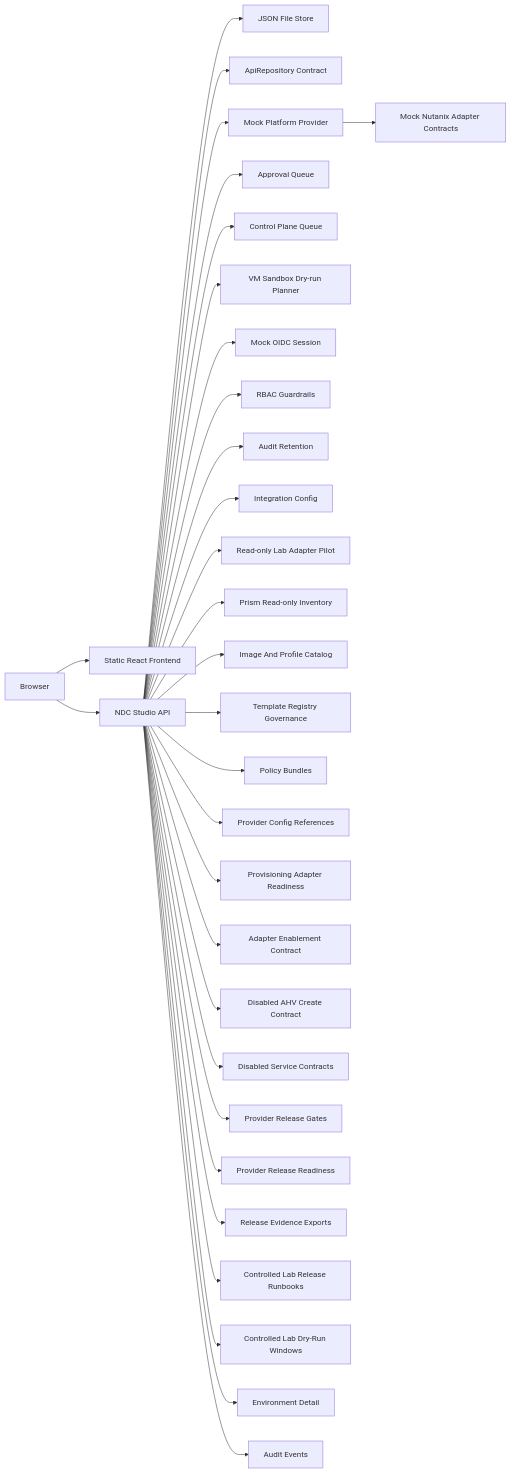
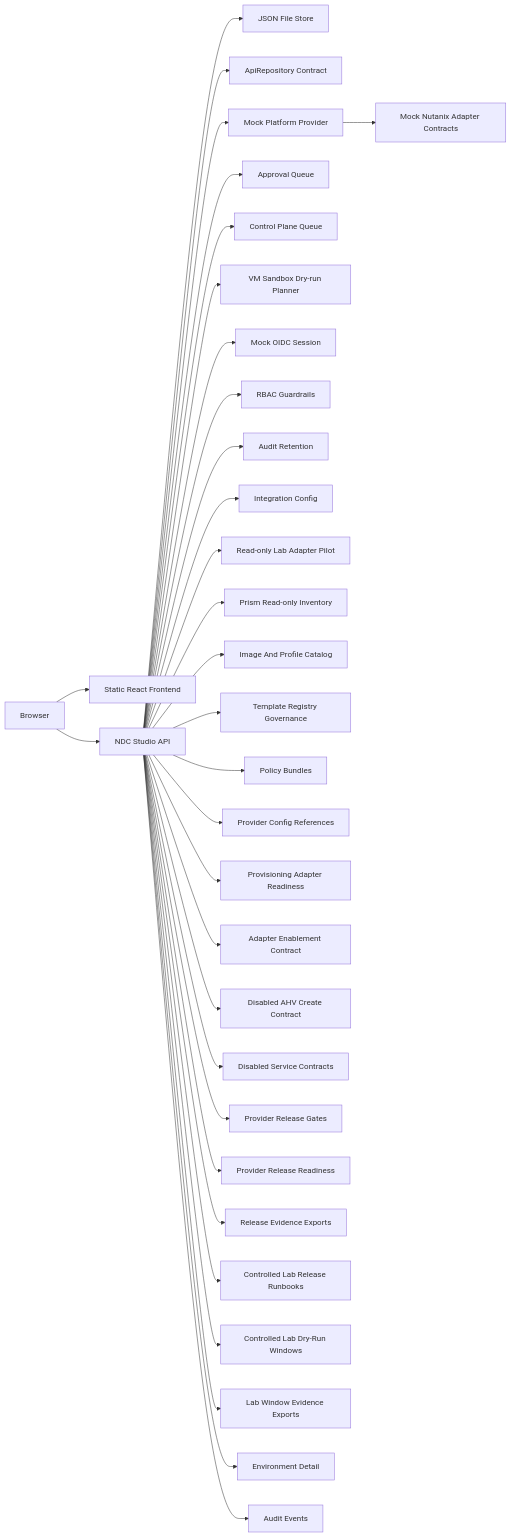
The second of 2 diagrams in docs/architecture.md (VirtuArchitect/nutanix-developer-cloud-studio), drawn with Mermaid before and after one commit. The commit also changed other lines of this file and 21 other files, not shown here.

Commit message:
Add v2.14 lab window evidence export

````diff
--- a/docs/architecture.md
+++ b/docs/architecture.md
@@ -21,33 +21,34 @@
 ```mermaid
 flowchart LR
     Browser["Browser"] --> Web["Static React Frontend"]
     Browser --> Api["NDC Studio API"]
     Api --> Store["JSON File Store"]
     Api --> Repo["ApiRepository Contract"]
     Api --> Provider["Mock Platform Provider"]
     Provider --> Adapters["Mock Nutanix Adapter Contracts"]
     Api --> Approvals["Approval Queue"]
     Api --> Queue["Control Plane Queue"]
     Api --> VmDryRun["VM Sandbox Dry-run Planner"]
     Api --> Identity["Mock OIDC Session"]
     Api --> Rbac["RBAC Guardrails"]
     Api --> AuditRetention["Audit Retention"]
     Api --> Config["Integration Config"]
     Api --> LabAdapters["Read-only Lab Adapter Pilot"]
     Api --> PrismInventory["Prism Read-only Inventory"]
     Api --> Inventory["Image And Profile Catalog"]
     Api --> Registry["Template Registry Governance"]
     Api --> Bundles["Policy Bundles"]
     Api --> ProviderConfig["Provider Config References"]
     Api --> AdapterReadiness["Provisioning Adapter Readiness"]
     Api --> AdapterEnablement["Adapter Enablement Contract"]
     Api --> AhvCreateContract["Disabled AHV Create Contract"]
     Api --> ServiceContracts["Disabled Service Contracts"]
     Api --> ProviderRelease["Provider Release Gates"]
     Api --> ReleaseDashboard["Provider Release Readiness"]
     Api --> ReleaseEvidence["Release Evidence Exports"]
     Api --> ReleaseRunbook["Controlled Lab Release Runbooks"]
     Api --> ReleaseWindow["Controlled Lab Dry-Run Windows"]
+    Api --> WindowEvidence["Lab Window Evidence Exports"]
     Api --> Details["Environment Detail"]
     Api --> Audit["Audit Events"]
 ```
````
